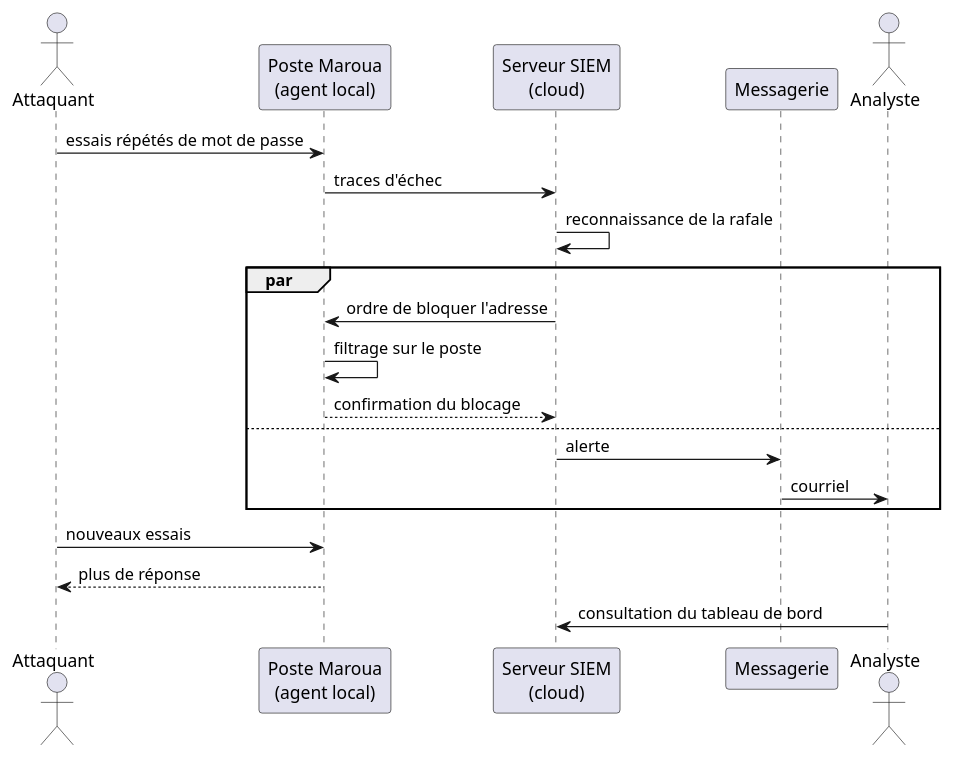
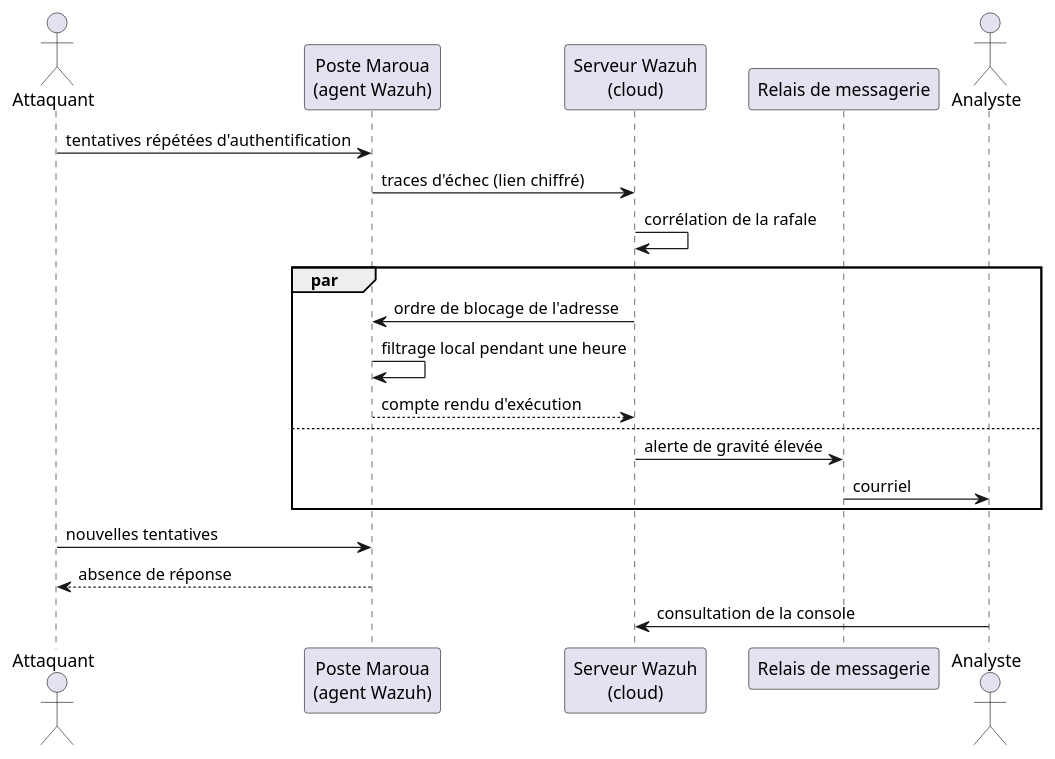
One commit to nklorenzo/wazuh-cloud-deployment-pipeline changed the second of 4 diagrams in rapport/chapitre-3.md. Above: the diagram before and after it, drawn with PlantUML. The commit also changed other lines of this file, not shown here.

````diff
--- a/rapport/chapitre-3.md
+++ b/rapport/chapitre-3.md
@@ -156,26 +152,26 @@
 ```plantuml
 @startuml
 actor "Attaquant" as A
-participant "Poste Maroua\n(agent local)" as P
-participant "Serveur SIEM\n(cloud)" as S
-participant "Messagerie" as M
+participant "Poste Maroua\n(agent Wazuh)" as P
+participant "Serveur Wazuh\n(cloud)" as S
+participant "Relais de messagerie" as M
 actor "Analyste" as An
 
-A -> P : essais répétés de mot de passe
-P -> S : traces d'échec
-S -> S : reconnaissance de la rafale
+A -> P : tentatives répétées d'authentification
+P -> S : traces d'échec (lien chiffré)
+S -> S : corrélation de la rafale
 
 par
-  S -> P : ordre de bloquer l'adresse
-  P -> P : filtrage sur le poste
-  P --> S : confirmation du blocage
+  S -> P : ordre de blocage de l'adresse
+  P -> P : filtrage local pendant une heure
+  P --> S : compte rendu d'exécution
 else
-  S -> M : alerte
+  S -> M : alerte de gravité élevée
   M -> An : courriel
 end
 
-A -> P : nouveaux essais
-P --> A : plus de réponse
-An -> S : consultation du tableau de bord
+A -> P : nouvelles tentatives
+P --> A : absence de réponse
+An -> S : consultation de la console
 @enduml
 ```
````
